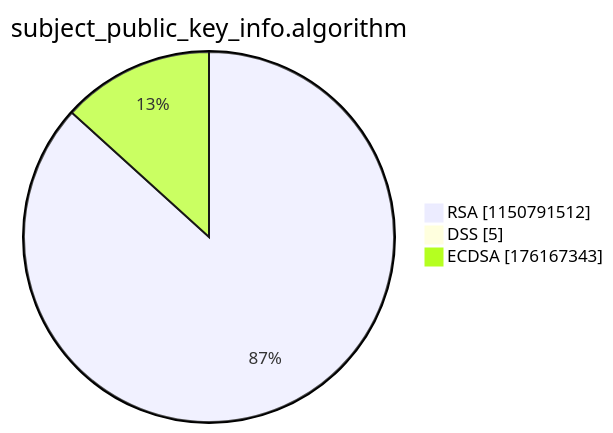
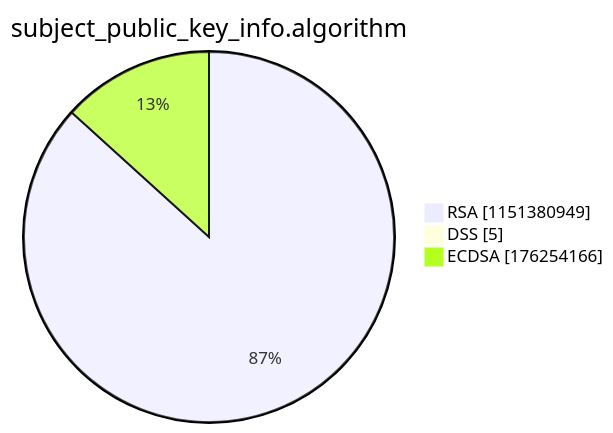
One commit to christiankrug/ctmonitor_visualization changed the third of 15 diagrams in argon2022/README.md. Above: the diagram before and after it, drawn with Mermaid. The commit also changed other lines of this file, not shown here.

````diff
--- a/argon2022/README.md
+++ b/argon2022/README.md
@@ -14,7 +14,7 @@
 ```mermaid
 pie showData
 title subject_public_key_info.algorithm
-"RSA" :1150791512
+"RSA" :1151380949
 "DSS" :5
-"ECDSA" :176167343
+"ECDSA" :176254166
 ```
````
